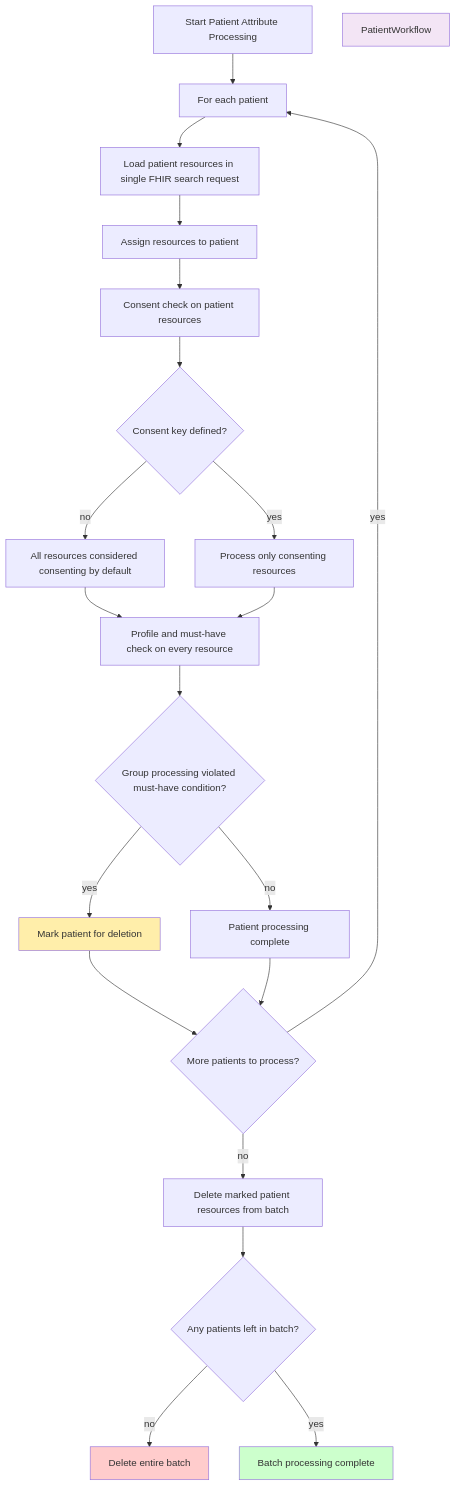
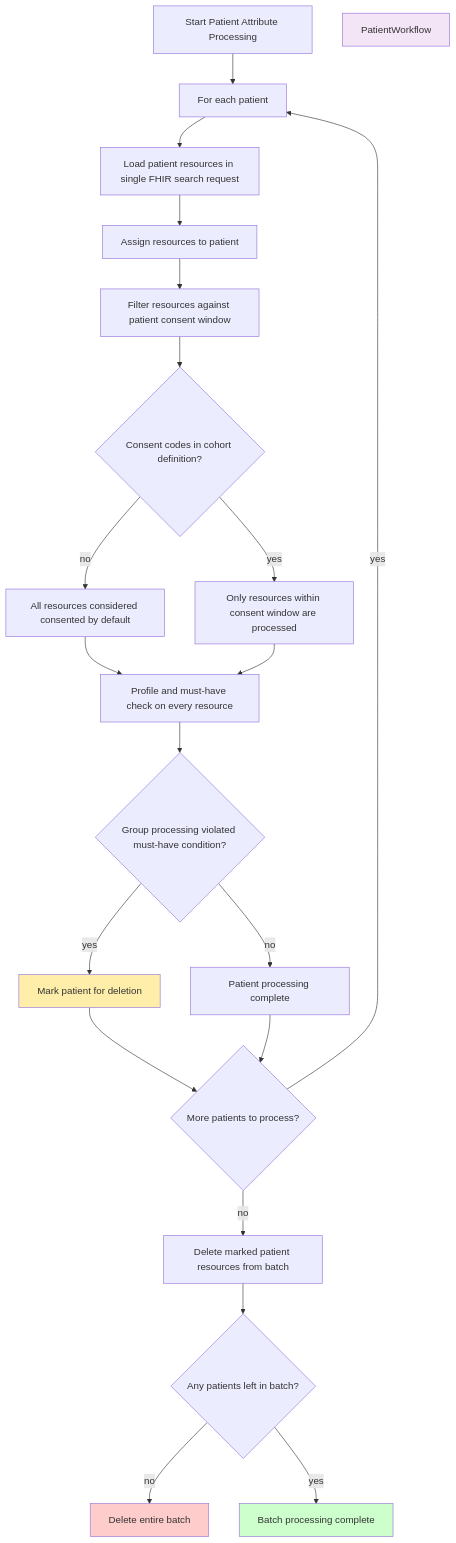
Before and after one commit to medizininformatik-initiative/torch: the second of 2 diagrams in docs/implementation/direct-load.md, drawn with Mermaid. The commit also changed other lines of this file and 5 other files, not shown here.

````diff
--- a/docs/implementation/direct-load.md
+++ b/docs/implementation/direct-load.md
@@ -58,26 +57,26 @@
 ```mermaid
 flowchart TD
 	Start[Start Patient Attribute Processing] --> ForEach[For each patient]
 	ForEach --> Load[Load patient resources in single FHIR search request]
 	Load --> Assign[Assign resources to patient]
-	Assign --> Consent[Consent check on patient resources]
-	Consent --> ConsentKey{Consent key defined?}
-	ConsentKey -->|no| AllConsent[All resources considered consenting by default]
-	ConsentKey -->|yes| OnlyConsent[Process only consenting resources]
+	Assign --> Consent[Filter resources against patient consent window]
+	Consent --> ConsentCodes{Consent codes in cohort definition?}
+	ConsentCodes -->|no| AllConsent[All resources considered consented by default]
+	ConsentCodes -->|yes| OnlyConsent[Only resources within consent window are processed]
 	AllConsent --> ProfileCheck[Profile and must-have check on every resource]
 	OnlyConsent --> ProfileCheck
     ProfileCheck --> MustHaveViolated{Group processing violated must-have condition?}
 	MustHaveViolated -->|yes| MarkDelete[Mark patient for deletion]
 	MustHaveViolated -->|no| PatientComplete[Patient processing complete]
 	MarkDelete --> MorePatients{More patients to process?}
 	PatientComplete --> MorePatients
 	MorePatients -->|yes| ForEach
 	MorePatients -->|no| DeleteMarked[Delete marked patient resources from batch]
 	DeleteMarked --> AnyLeft{Any patients left in batch?}
 	AnyLeft -->|no| DeleteBatch[Delete entire batch]
 	AnyLeft -->|yes| BatchComplete[Batch processing complete]
 	style MarkDelete fill: #ffeeaa
 	style DeleteBatch fill: #ffcccc
 	style BatchComplete fill: #ccffcc
     style PatientWorkflow fill: #f3e5f5
 ```
````
